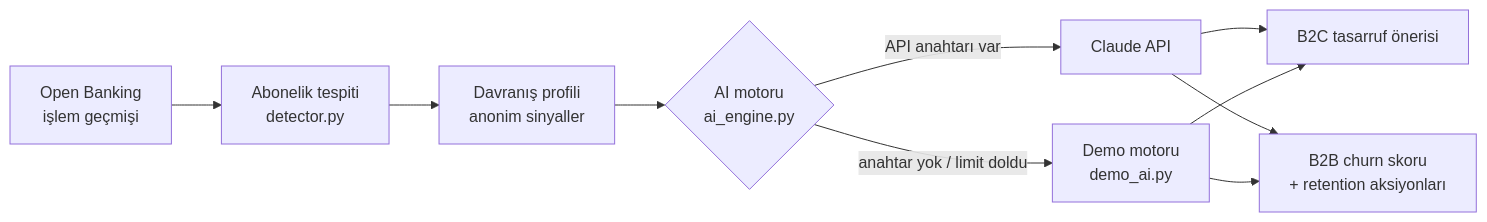
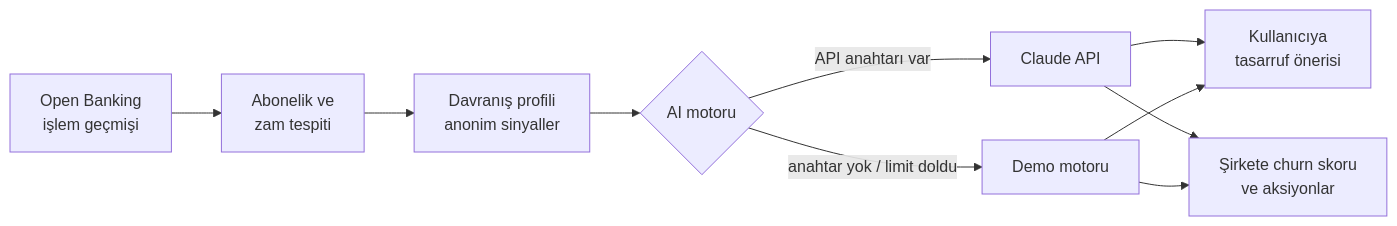
The diagram in README.md (busebb82/Ghostpay), drawn with Mermaid before and after one commit. The commit also changed other lines of this file and 8 other files, not shown here.

````diff
--- a/README.md
+++ b/README.md
@@ -70,12 +84,12 @@
 ```mermaid
 flowchart LR
-    A[Open Banking<br>işlem geçmişi] --> B[Abonelik tespiti<br>detector.py]
+    A[Open Banking<br>işlem geçmişi] --> B[Abonelik ve<br>zam tespiti]
     B --> C[Davranış profili<br>anonim sinyaller]
-    C --> D{AI motoru<br>ai_engine.py}
+    C --> D{AI motoru}
     D -->|API anahtarı var| E[Claude API]
-    D -->|anahtar yok / limit doldu| F[Demo motoru<br>demo_ai.py]
-    E --> G[B2C tasarruf önerisi]
-    E --> H[B2B churn skoru<br>+ retention aksiyonları]
+    D -->|anahtar yok / limit doldu| F[Demo motoru]
+    E --> G[Kullanıcıya<br>tasarruf önerisi]
+    E --> H[Şirkete churn skoru<br>ve aksiyonlar]
     F --> G
     F --> H
 ```
````
